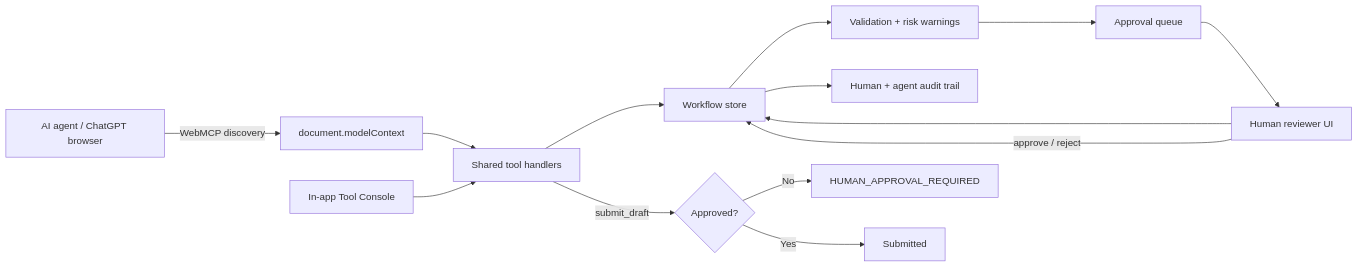
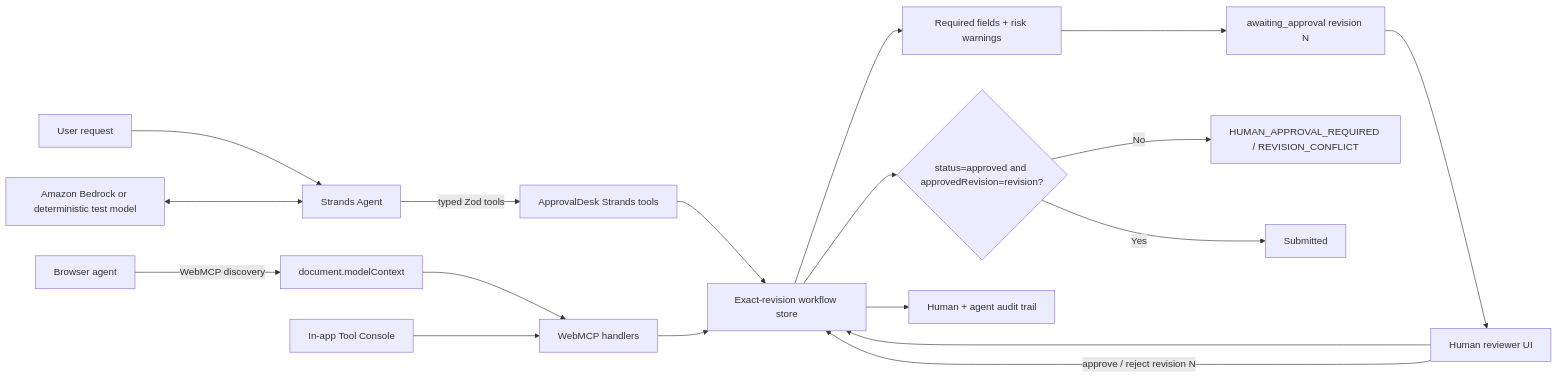
One commit to greysonOuyang/approvaldesk-webmcp changed the diagram in docs/architecture.md. Above: the diagram before and after it, drawn with Mermaid. The commit also changed other lines of this file and 10 other files, not shown here.

Commit message:
feat: add Strands human approval agent

````diff
--- a/docs/architecture.md
+++ b/docs/architecture.md
@@ -3,16 +5,24 @@
 ```mermaid
 flowchart LR
-  Agent[AI agent / ChatGPT browser] -->|WebMCP discovery| MCP[document.modelContext]
-  MCP --> Tools[Shared tool handlers]
-  Console[In-app Tool Console] --> Tools
-  Tools --> Store[Workflow store]
+  User[User request] --> Strands[Strands Agent]
+  Model[Amazon Bedrock or deterministic test model] <--> Strands
+  Strands -->|typed Zod tools| AgentTools[ApprovalDesk Strands tools]
+
+  BrowserAgent[Browser agent] -->|WebMCP discovery| MCP[document.modelContext]
+  MCP --> WebTools[WebMCP handlers]
+  Console[In-app Tool Console] --> WebTools
+
+  AgentTools --> Store[Exact-revision workflow store]
+  WebTools --> Store
   Human[Human reviewer UI] --> Store
-  Store --> Validation[Validation + risk warnings]
-  Validation --> Queue[Approval queue]
+
+  Store --> Validation[Required fields + risk warnings]
+  Validation --> Queue[awaiting_approval revision N]
   Queue --> Human
-  Human -->|approve / reject| Store
-  Tools -->|submit_draft| Gate{Approved?}
-  Gate -->|No| Stop[HUMAN_APPROVAL_REQUIRED]
+  Human -->|approve / reject revision N| Store
+
+  Store --> Gate{status=approved and approvedRevision=revision?}
+  Gate -->|No| Stop[HUMAN_APPROVAL_REQUIRED / REVISION_CONFLICT]
   Gate -->|Yes| Submit[Submitted]
   Store --> Audit[Human + agent audit trail]
 ```
````
